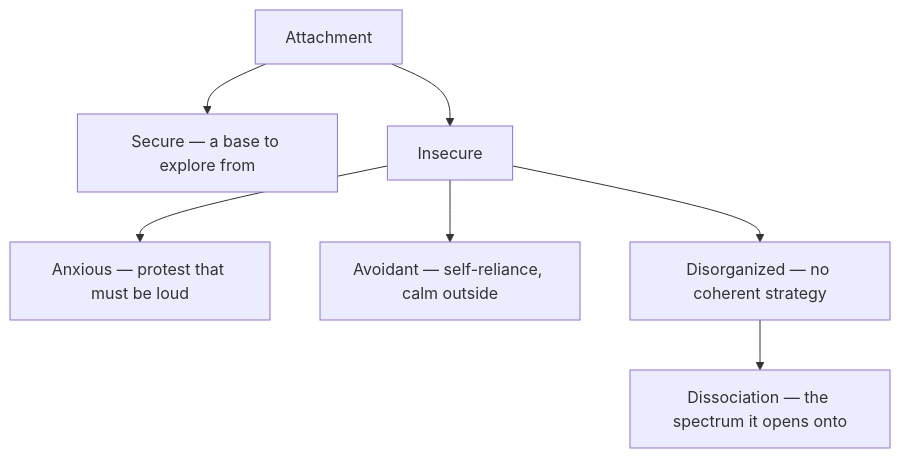
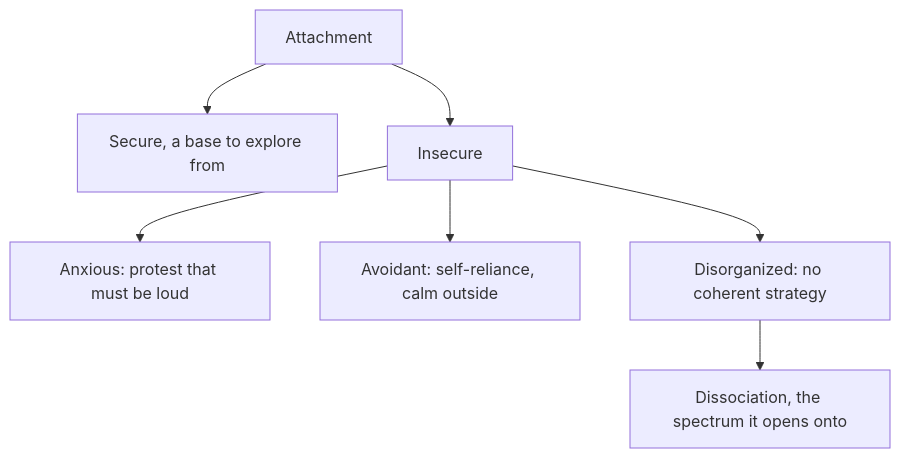
The diagram in data/knowledge/psychology/attachment-theory/index.md (kennethreitz/kennethreitz.org), drawn with Mermaid before and after one commit. The commit also changed other lines of this file and 879 other files, not shown here.

````diff
--- a/data/knowledge/psychology/attachment-theory/index.md
+++ b/data/knowledge/psychology/attachment-theory/index.md
@@ -32,10 +32,10 @@
 ```mermaid
 flowchart TD
     A["Attachment"]
-    A --> Se["Secure — a base to explore from"]
+    A --> Se["Secure, a base to explore from"]
     A --> In["Insecure"]
-    In --> An["Anxious — protest that must be loud"]
-    In --> Av["Avoidant — self-reliance, calm outside"]
-    In --> Di["Disorganized — no coherent strategy"]
-    Di --> Ds["Dissociation — the spectrum it opens onto"]
+    In --> An["Anxious: protest that must be loud"]
+    In --> Av["Avoidant: self-reliance, calm outside"]
+    In --> Di["Disorganized: no coherent strategy"]
+    Di --> Ds["Dissociation, the spectrum it opens onto"]
 ```
````
